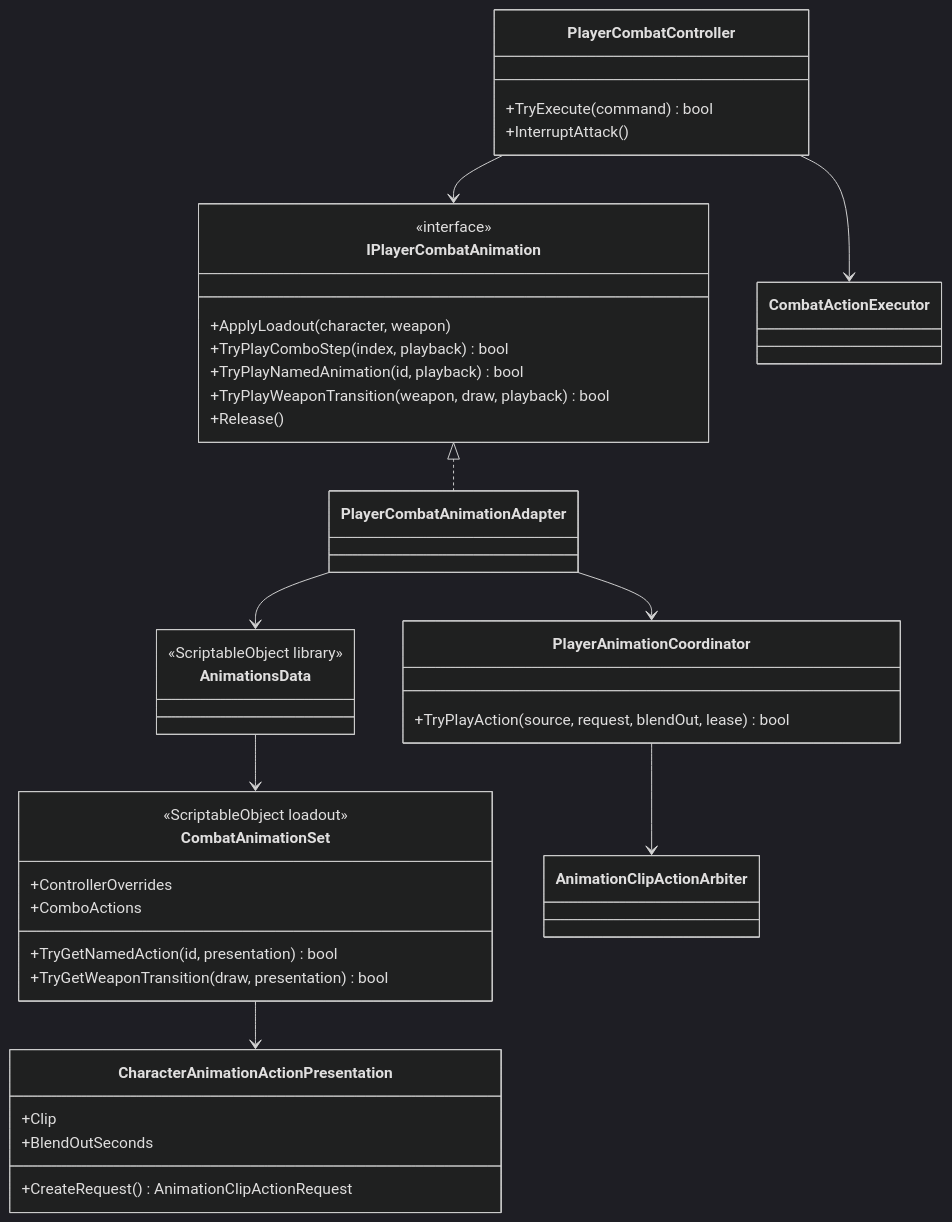
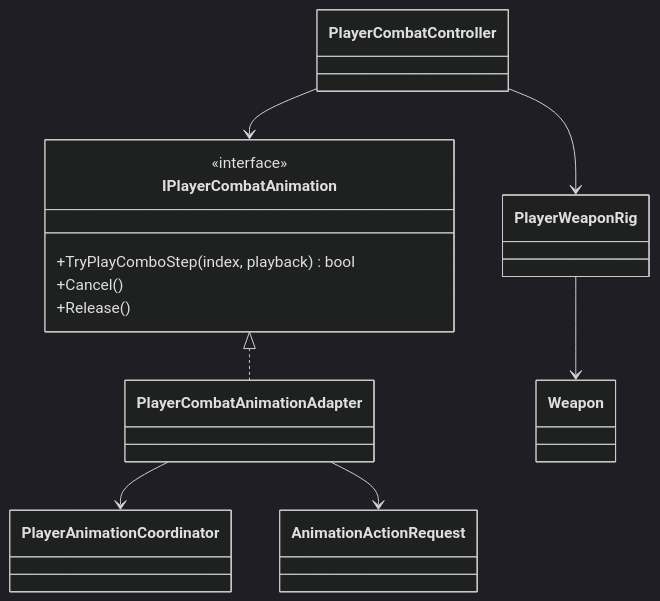
One commit to MaximFonariuc/project-s changed the diagram in Assets/_App/Core/Runtime/Combat/Player/README.md. Above: the diagram before and after it, drawn with Mermaid (dark theme). The commit also changed other lines of this file and 190 other files, not shown here.

Commit message:
refactor: rebuild player animation with KurtzPel Mecanim

````diff
--- a/Assets/_App/Core/Runtime/Combat/Player/README.md
+++ b/Assets/_App/Core/Runtime/Combat/Player/README.md
@@ -9,45 +6,22 @@
 ```mermaid
 classDiagram
-    class PlayerCombatController {
-        +TryExecute(command) bool
-        +InterruptAttack()
-    }
+    class PlayerCombatController
     class IPlayerCombatAnimation {
         <<interface>>
-        +ApplyLoadout(character, weapon)
         +TryPlayComboStep(index, playback) bool
-        +TryPlayNamedAnimation(id, playback) bool
-        +TryPlayWeaponTransition(weapon, draw, playback) bool
+        +Cancel()
         +Release()
     }
     class PlayerCombatAnimationAdapter
-    class AnimationsData {
-        <<ScriptableObject library>>
-    }
-    class CombatAnimationSet {
-        <<ScriptableObject loadout>>
-        +ControllerOverrides
-        +ComboActions
-        +TryGetNamedAction(id, presentation) bool
-        +TryGetWeaponTransition(draw, presentation) bool
-    }
-    class CharacterAnimationActionPresentation {
-        +Clip
-        +BlendOutSeconds
-        +CreateRequest() AnimationClipActionRequest
-    }
-    class PlayerAnimationCoordinator {
-        +TryPlayAction(source, request, blendOut, lease) bool
-    }
-    class AnimationClipActionArbiter
-    class CombatActionExecutor
+    class PlayerAnimationCoordinator
+    class AnimationActionRequest
+    class PlayerWeaponRig
+    class Weapon
 
     PlayerCombatController --> IPlayerCombatAnimation
-    PlayerCombatController --> CombatActionExecutor
     IPlayerCombatAnimation <|.. PlayerCombatAnimationAdapter
-    PlayerCombatAnimationAdapter --> AnimationsData
     PlayerCombatAnimationAdapter --> PlayerAnimationCoordinator
-    PlayerAnimationCoordinator --> AnimationClipActionArbiter
-    AnimationsData --> CombatAnimationSet
-    CombatAnimationSet --> CharacterAnimationActionPresentation
+    PlayerCombatAnimationAdapter --> AnimationActionRequest
+    PlayerCombatController --> PlayerWeaponRig
+    PlayerWeaponRig --> Weapon
 ```
````
